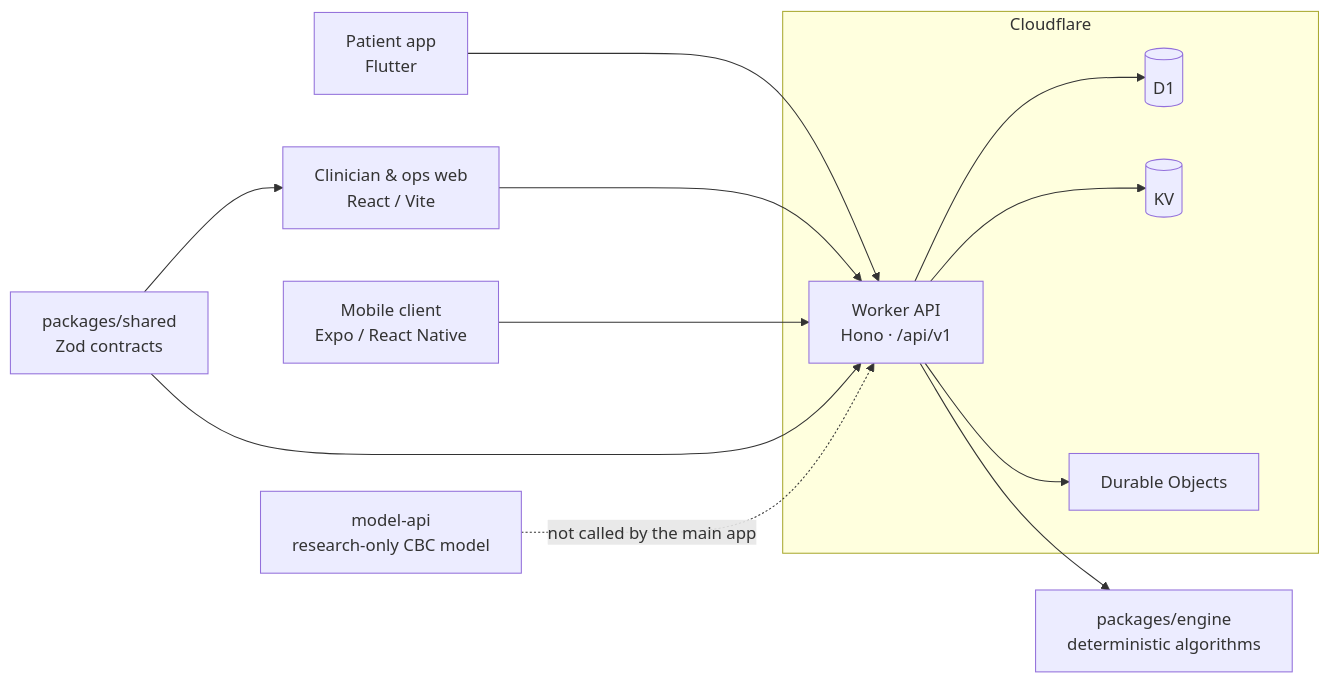
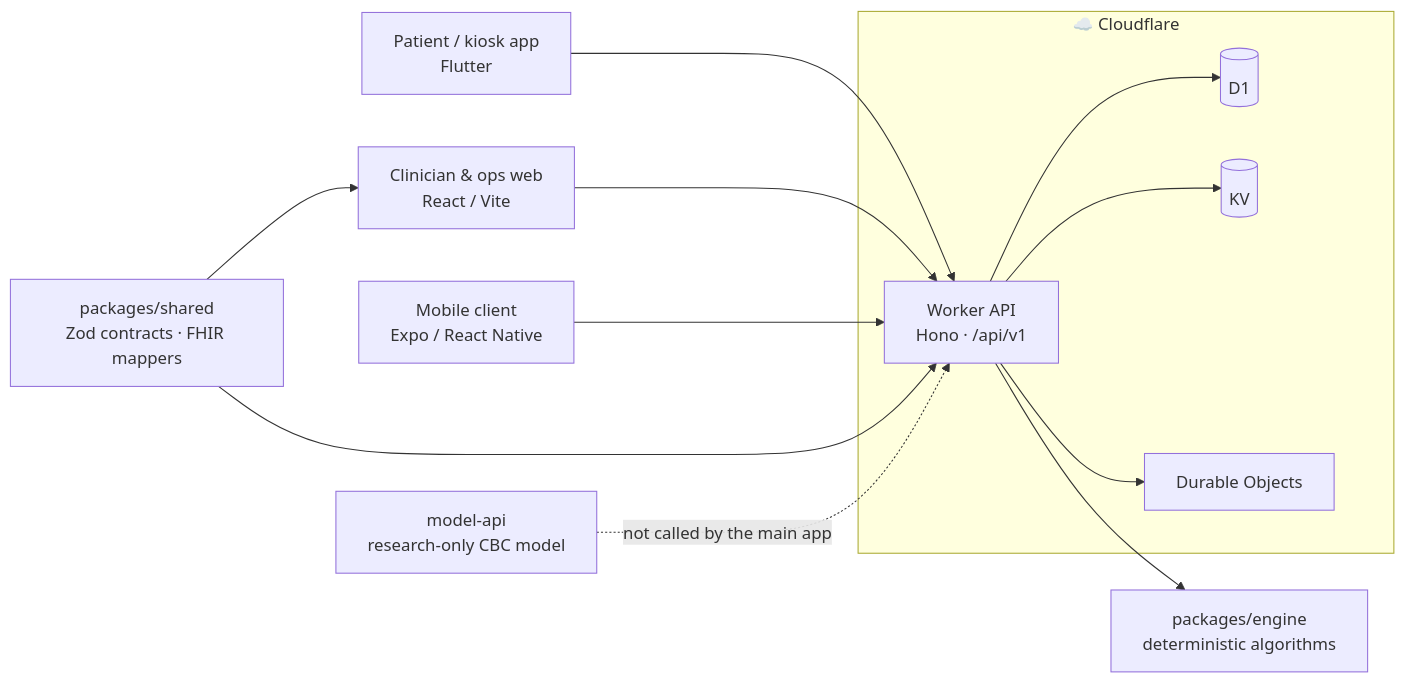
The first of 3 diagrams in README.md (potlasrisharan/hackshift-sudarshan), drawn with Mermaid before and after one commit. The commit also changed other lines of this file and 2 other files, not shown here.

````diff
--- a/README.md
+++ b/README.md
@@ -94,21 +106,21 @@
 ```mermaid
 flowchart LR
-  APP["Patient app<br/>Flutter"] --> API
+  APP["Patient / kiosk app<br/>Flutter"] --> API
   WEB["Clinician & ops web<br/>React / Vite"] --> API
   RN["Mobile client<br/>Expo / React Native"] --> API
 
-  subgraph CF["Cloudflare"]
+  subgraph CF["☁️ Cloudflare"]
     API["Worker API<br/>Hono · /api/v1"]
     D1[("D1")]
     KV[("KV")]
     DO["Durable Objects"]
   end
 
   API --> D1
   API --> KV
   API --> DO
   API --> ENGINE["packages/engine<br/>deterministic algorithms"]
-  CONTRACTS["packages/shared<br/>Zod contracts"] --> API
+  CONTRACTS["packages/shared<br/>Zod contracts · FHIR mappers"] --> API
   CONTRACTS --> WEB
   MODEL["model-api<br/>research-only CBC model"] -.->|"not called by the main app"| API
 ```
````
